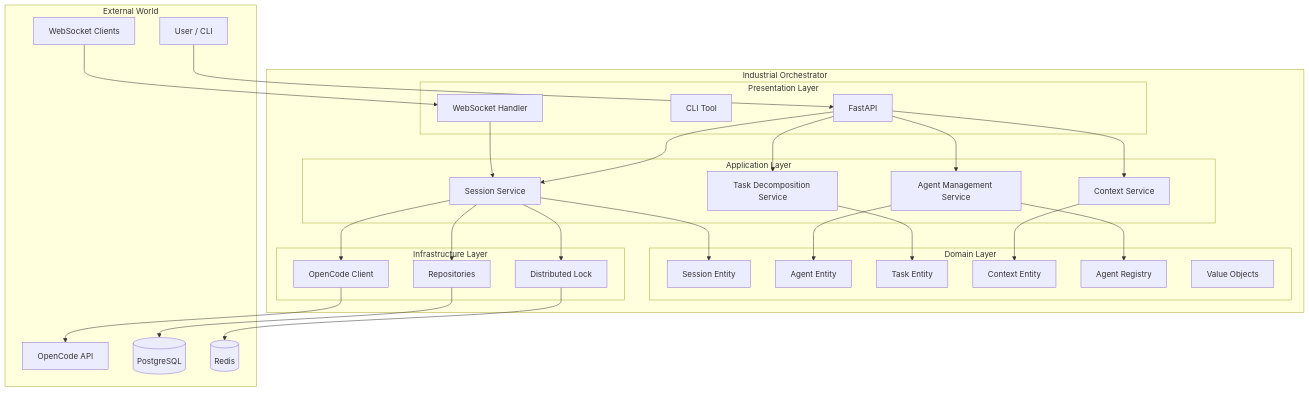
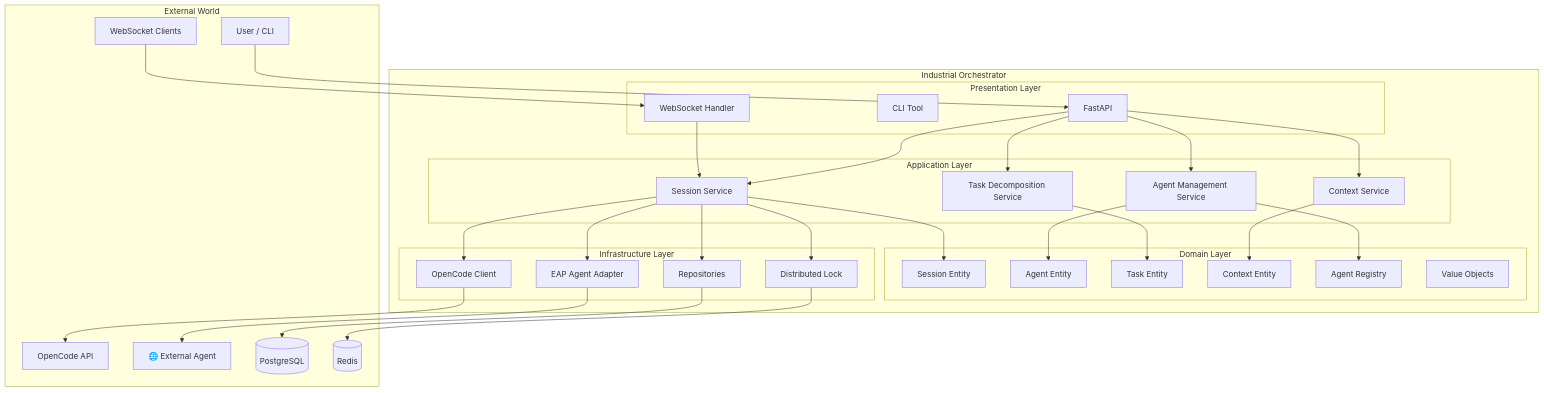
One commit to nordeim/OpenCode-Industrial-Orchestrator changed the first of 3 diagrams in Project_Architecture_Document.md. Above: the diagram before and after it, drawn with Mermaid. The commit also changed other lines of this file and 17 other files, not shown here.

````diff
--- a/Project_Architecture_Document.md
+++ b/Project_Architecture_Document.md
@@ -32,62 +49,131 @@
 ```mermaid
+
 graph TD
+
     subgraph "External World"
+
         User[User / CLI]
+
         OpenCode[OpenCode API]
+
+        ExtAgent[🌐 External Agent]
+
         DB[(PostgreSQL)]
+
         Cache[(Redis)]
+
         WS[WebSocket Clients]
+
     end
 
+
+
     subgraph "Industrial Orchestrator"
+
         subgraph "Presentation Layer"
+
             API[FastAPI]
+
             CLI[CLI Tool]
+
             WSHandler[WebSocket Handler]
+
         end
 
+
+
         subgraph "Application Layer"
+
             SessionSvc[Session Service]
+
             AgentSvc[Agent Management Service]
+
             ContextSvc[Context Service]
+
             TaskSvc[Task Decomposition Service]
+
         end
 
+
+
         subgraph "Domain Layer"
+
             Session[Session Entity]
+
             Agent[Agent Entity]
+
             Task[Task Entity]
+
             Context[Context Entity]
+
             Registry[Agent Registry]
+
             Status[Value Objects]
+
         end
 
+
+
         subgraph "Infrastructure Layer"
+
             Repo[Repositories]
+
             Lock[Distributed Lock]
-            Adapter[OpenCode Client]
+
+            OpenCodeAdapter[OpenCode Client]
+
+            EAPAdapter[EAP Agent Adapter]
+
         end
+
     end
 
+
+
     User --> API
+
     WS --> WSHandler
+
     API --> SessionSvc
+
     API --> AgentSvc
+
     API --> ContextSvc
+
     API --> TaskSvc
+
     WSHandler --> SessionSvc
+
     
+
     SessionSvc --> Session
+
     AgentSvc --> Agent
+
     AgentSvc --> Registry
+
     ContextSvc --> Context
+
     TaskSvc --> Task
+
     
+
     SessionSvc --> Repo
+
     SessionSvc --> Lock
-    SessionSvc --> Adapter
+
+    SessionSvc --> OpenCodeAdapter
+
+    SessionSvc --> EAPAdapter
+
     
+
     Repo --> DB
+
     Lock --> Cache
-    Adapter --> OpenCode
+
+    OpenCodeAdapter --> OpenCode
+
+    EAPAdapter --> ExtAgent
+
 ```
````
